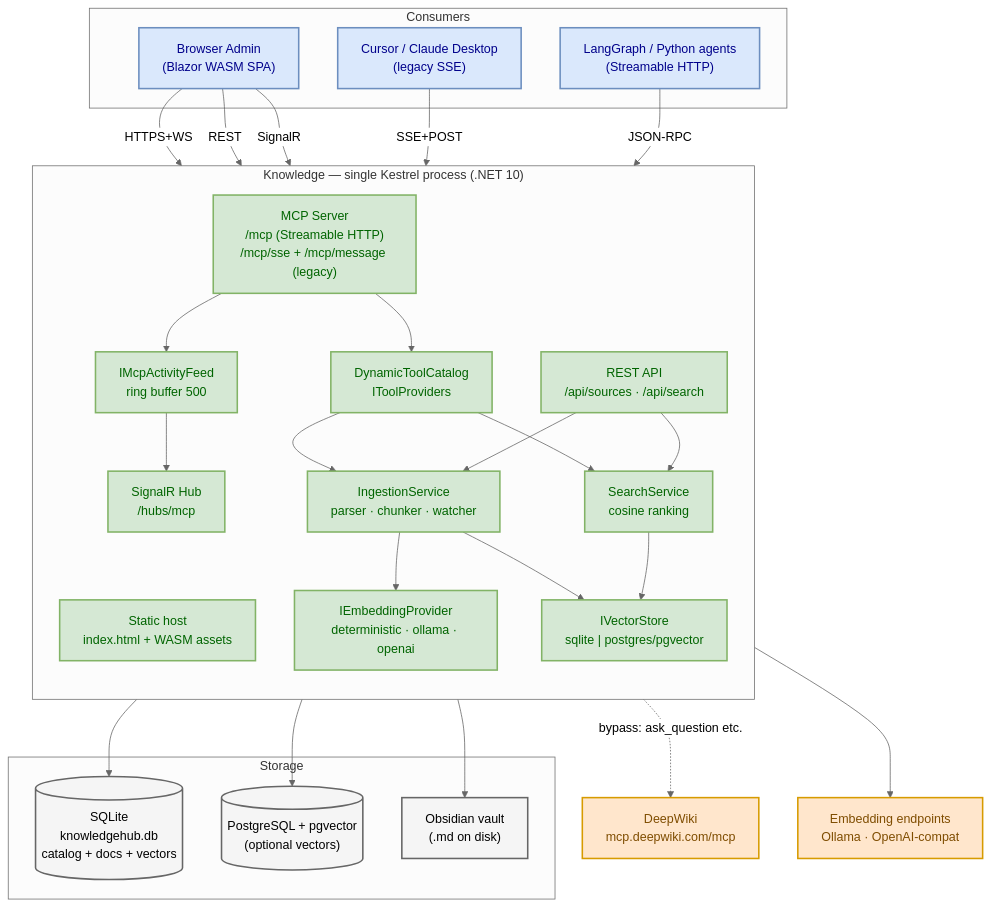
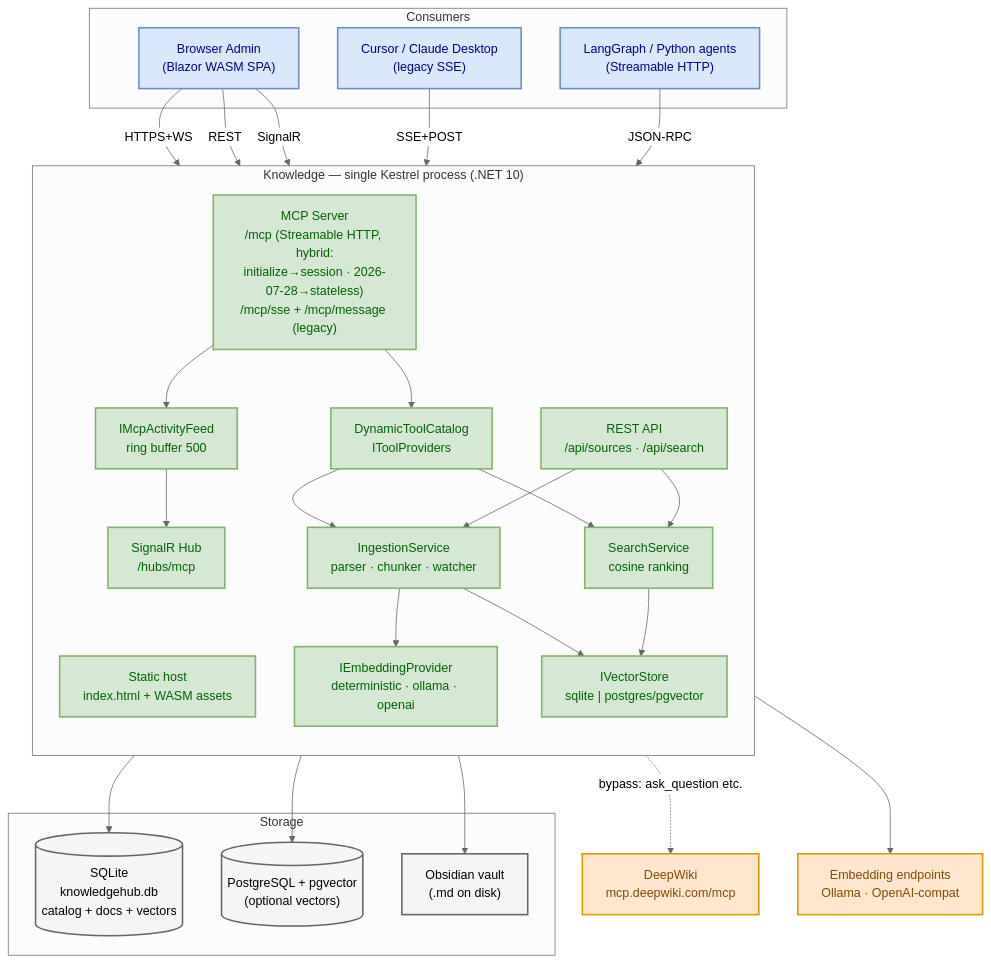
Before and after one commit to afonsoft/LangGraph-UI: the first of 3 diagrams in docs/architecture/system-architecture.md, drawn with Mermaid. The commit also changed other lines of this file and 4 other files, not shown here.

First line of the commit message:
docs: mark SPEC-20260918-mcp-v2-hybrid Done + arch diagrams + orchestrator memory

````diff
--- a/docs/architecture/system-architecture.md
+++ b/docs/architecture/system-architecture.md
@@ -9,63 +9,63 @@
 ```mermaid
 %%{init: {'theme':'neutral'}}%%
 flowchart TB
     subgraph Clients["Consumers"]
         UI["Browser Admin<br/>(Blazor WASM SPA)"]
         CUR["Cursor / Claude Desktop<br/>(legacy SSE)"]
         AG["LangGraph / Python agents<br/>(Streamable HTTP)"]
     end
 
     subgraph KH["Knowledge — single Kestrel process (.NET 10)"]
         direction TB
         SPA["Static host<br/>index.html + WASM assets"]
         API["REST API<br/>/api/sources · /api/search"]
-        MCP["MCP Server<br/>/mcp (Streamable HTTP)<br/>/mcp/sse + /mcp/message (legacy)"]
+        MCP["MCP Server<br/>/mcp (Streamable HTTP, hybrid:<br/>initialize→session · 2026-07-28→stateless)<br/>/mcp/sse + /mcp/message (legacy)"]
         HUB["SignalR Hub<br/>/hubs/mcp"]
         CAT["DynamicToolCatalog<br/>IToolProviders"]
         ING["IngestionService<br/>parser · chunker · watcher"]
         SRCH["SearchService<br/>cosine ranking"]
         EMB["IEmbeddingProvider<br/>deterministic · ollama · openai"]
         VEC["IVectorStore<br/>sqlite | postgres/pgvector"]
         FEED["IMcpActivityFeed<br/>ring buffer 500"]
     end
 
     subgraph Stores["Storage"]
         SQL[("SQLite<br/>knowledgehub.db<br/>catalog + docs + vectors")]
         PG[("PostgreSQL + pgvector<br/>(optional vectors)")]
         VAULT["Obsidian vault<br/>(.md on disk)"]
     end
 
     DW["DeepWiki<br/>mcp.deepwiki.com/mcp"]
     LLM["Embedding endpoints<br/>Ollama · OpenAI-compat"]
 
     UI -->|HTTPS+WS| SPA
     UI -->|REST| API
     UI -->|SignalR| HUB
     CUR -->|SSE+POST| MCP
     AG -->|JSON-RPC| MCP
 
     MCP --> CAT
     MCP --> FEED
     FEED --> HUB
     CAT --> SRCH
     CAT --> ING
     API --> SRCH
     API --> ING
     ING --> EMB
     ING --> VAULT
     ING --> VEC
     SRCH --> VEC
     VEC --> SQL
     VEC --> PG
     EMB --> LLM
     CAT -.->|bypass: ask_question etc.| DW
 
     classDef client fill:#dae8fc,stroke:#6c8ebf,stroke-width:2px,color:darkblue
     classDef core fill:#d5e8d4,stroke:#82b366,stroke-width:2px,color:darkgreen
     classDef store fill:#f5f5f5,stroke:#666666,stroke-width:2px,color:black
     classDef ext fill:#ffe6cc,stroke:#d79b00,stroke-width:2px,color:#7f4d00
     class UI,CUR,AG client
     class SPA,API,MCP,HUB,CAT,ING,SRCH,EMB,VEC,FEED core
     class SQL,PG,VAULT store
     class DW,LLM ext
 ```
````
